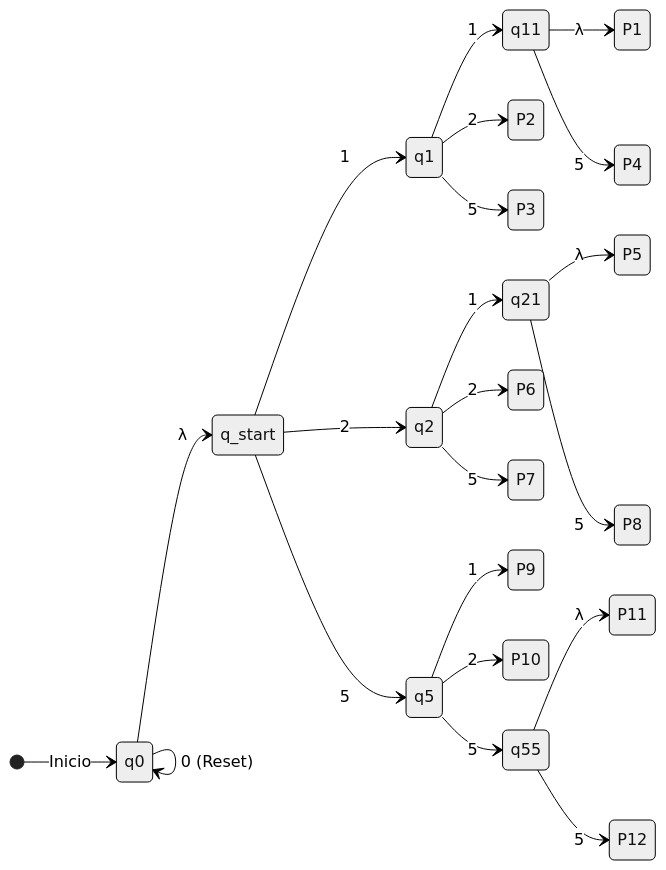
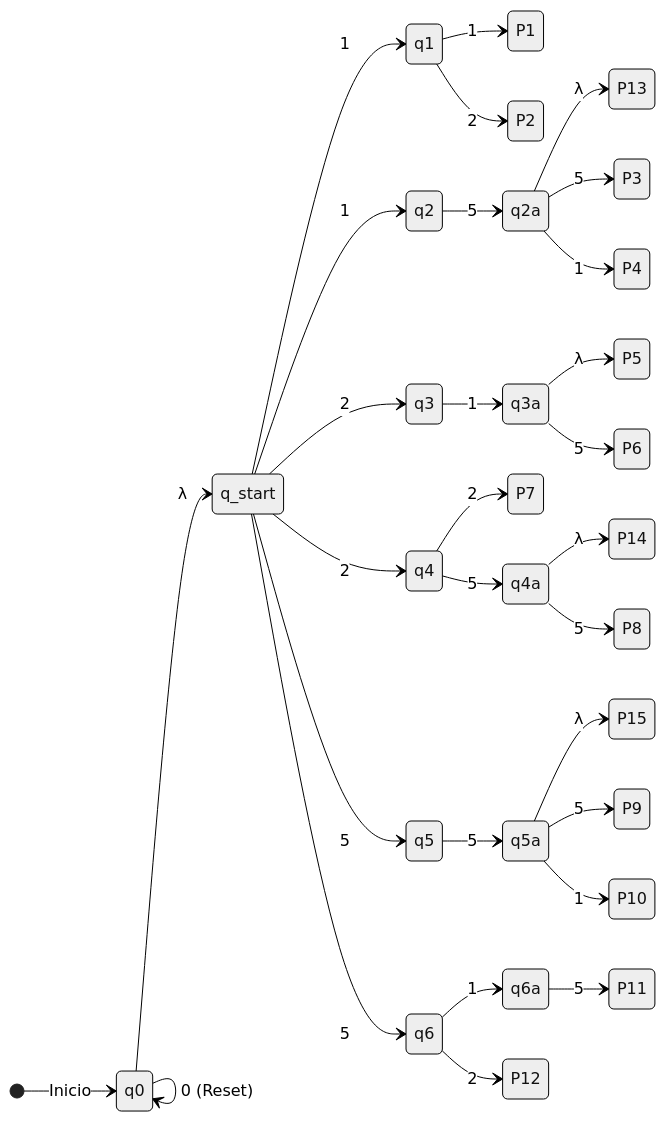
The diagram in README.md (Draxeljuan/AFND_Maquina_Expendedora), drawn with Mermaid (neutral theme) before and after one commit. The commit also changed other lines of this file and 6 other files, not shown here.

Commit message:
feature:V2 del AFND correciones y nuevos estados, 15 Slots

````diff
--- a/README.md
+++ b/README.md
@@ -130,58 +199,71 @@
 ```mermaid
 stateDiagram-v2
     direction LR
     [*] --> q0 : Inicio
 
     %% Estado de Reset / Reposo
     q0 --> q0 : 0 (Reset)
     q0 --> q_start : λ
 
-    %% Primer nivel: Dividir por la primera moneda ingresada
+    %% NO DETERMINISMO EXPLÍCITO (Nivel 1)
     q_start --> q1 : 1
-    q_start --> q2 : 2
+    q_start --> q2 : 1
+    
+    q_start --> q3 : 2
+    q_start --> q4 : 2
+    
     q_start --> q5 : 5
+    q_start --> q6 : 5
 
     %% ----------------------------------------
-    %% RAMA QUE EMPIEZA CON '1'
+    %% RAMAS CON '1'
     %% ----------------------------------------
-    q1 --> q11 : 1
+    q1 --> P1 : 1
     q1 --> P2 : 2
-    q1 --> P3 : 5
     
-    q11 --> P1 : λ
-    q11 --> P4 : 5
+    q2 --> q2a : 5
+    q2a --> P13 : λ
+    q2a --> P3 : 5
+    q2a --> P4 : 1
 
     %% ----------------------------------------
-    %% RAMA QUE EMPIEZA CON '2'
+    %% RAMAS CON '2'
     %% ----------------------------------------
-    q2 --> q21 : 1
-    q2 --> P6 : 2
-    q2 --> P7 : 5
-    
-    q21 --> P5 : λ
-    q21 --> P8 : 5
+    q3 --> q3a : 1
+    q3a --> P5 : λ
+    q3a --> P6 : 5
+
+    q4 --> P7 : 2
+    q4 --> q4a : 5
+    q4a --> P14 : λ
+    q4a --> P8 : 5
 
     %% ----------------------------------------
-    %% RAMA QUE EMPIEZA CON '5'
+    %% RAMAS CON '5'
     %% ----------------------------------------
-    q5 --> P9 : 1
-    q5 --> P10 : 2
-    q5 --> q55 : 5
-    
-    q55 --> P11 : λ
-    q55 --> P12 : 5
+    q5 --> q5a : 5
+    q5a --> P15 : λ
+    q5a --> P9 : 5
+    q5a --> P10 : 1
 
-    %% Definición de Slots (Estados Finales)
+    q6 --> q6a : 1
+    q6a --> P11 : 5
+    q6 --> P12 : 2
+
+    %% Definición de Slots Finales
     state P1 <<fork>>
     state P2 <<fork>>
     state P3 <<fork>>
     state P4 <<fork>>
     state P5 <<fork>>
     state P6 <<fork>>
     state P7 <<fork>>
     state P8 <<fork>>
     state P9 <<fork>>
     state P10 <<fork>>
     state P11 <<fork>>
     state P12 <<fork>>
+    state P13 <<fork>>
+    state P14 <<fork>>
+    state P15 <<fork>>
 ```
````
